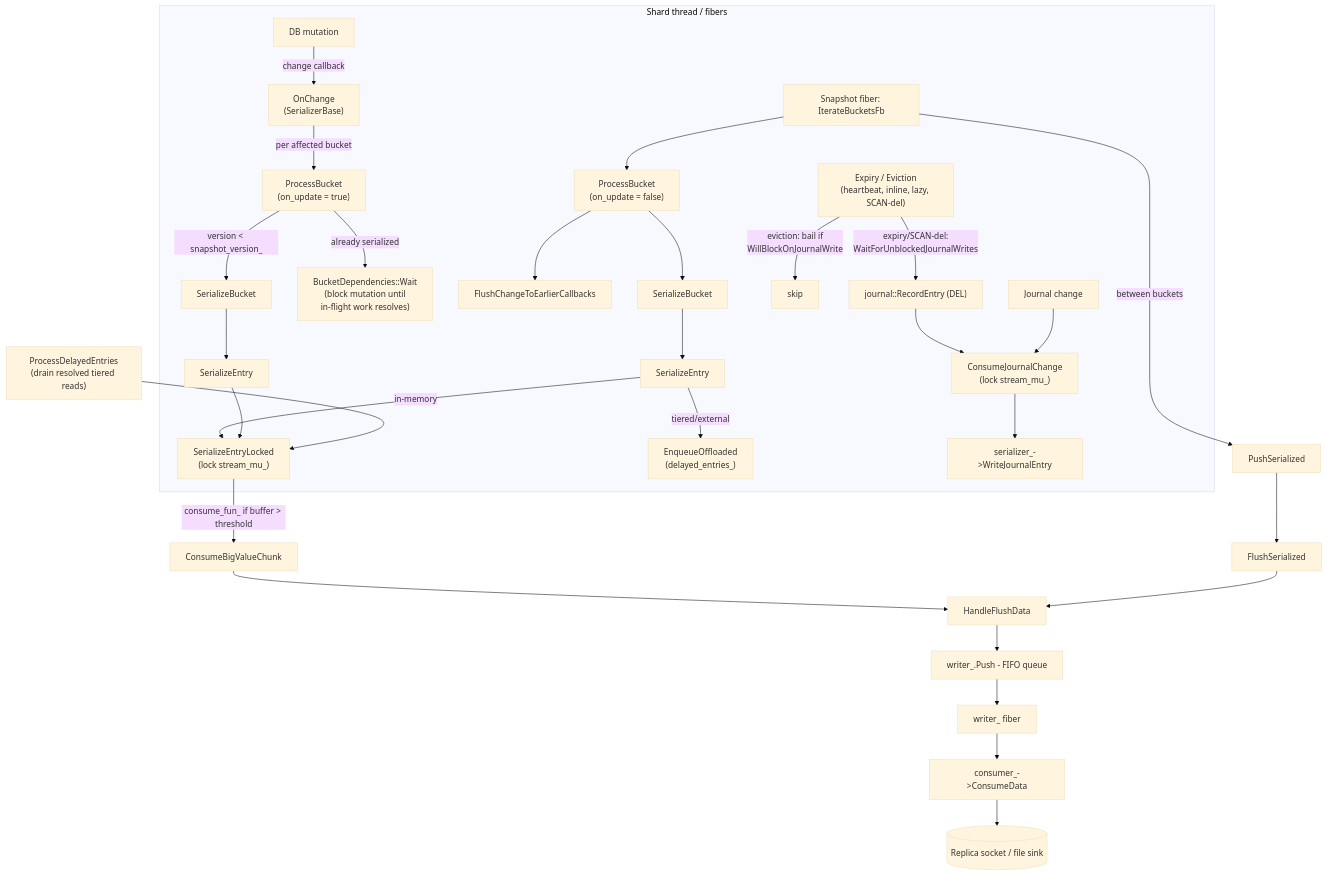
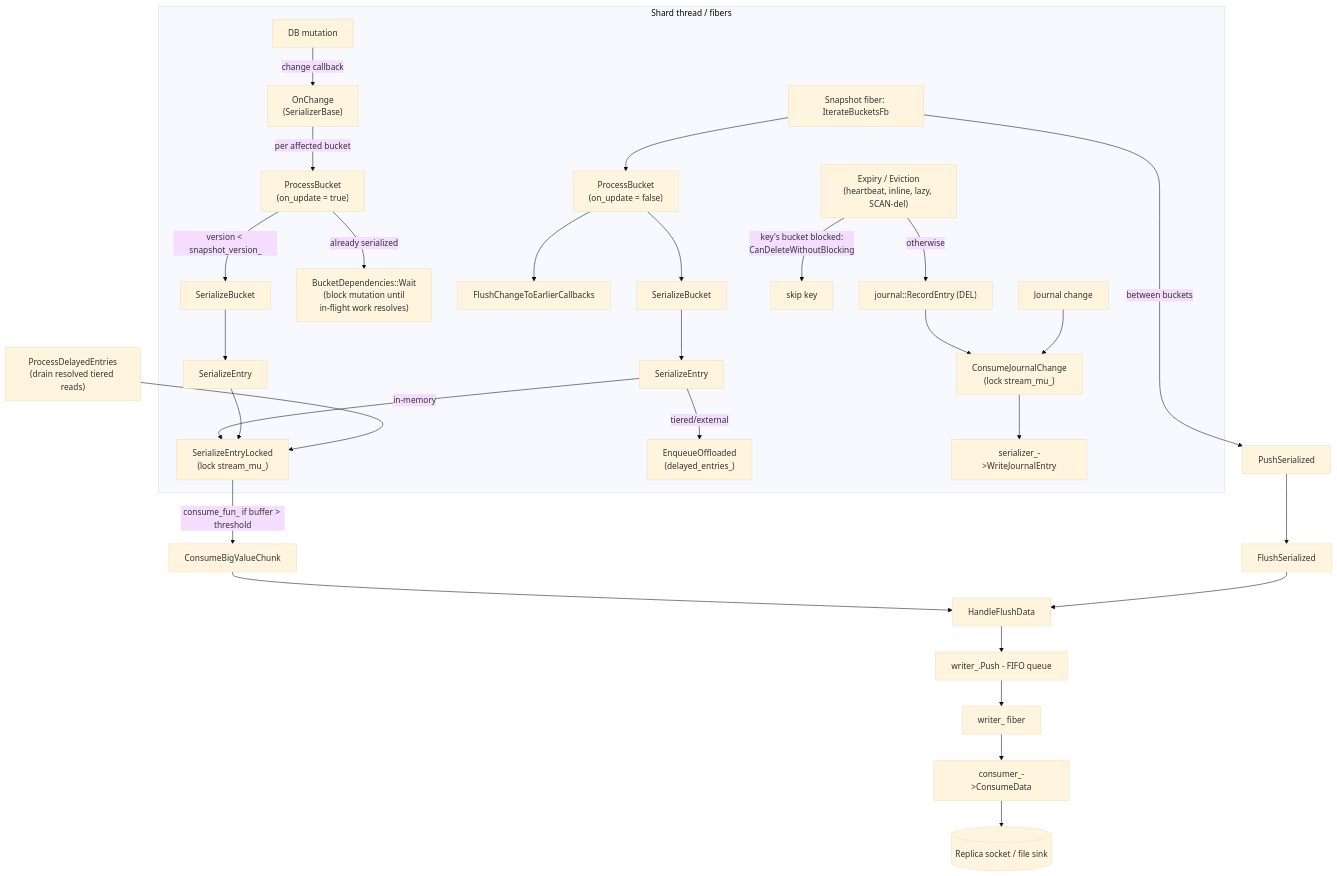
Before and after one commit to dragonflydb/dragonfly: the first of 2 diagrams in docs/shard-serialization.md, drawn with Mermaid (base theme). The commit also changed other lines of this file and 12 other files, not shown here.

````diff
--- a/docs/shard-serialization.md
+++ b/docs/shard-serialization.md
@@ -53,40 +53,40 @@
 ```mermaid
 flowchart TD
   subgraph ShardThread[Shard thread / fibers]
     MUT[DB mutation] -->|change callback| ODC["OnChange<br/>(SerializerBase)"]
     ODC -->|per affected bucket| PB1["ProcessBucket<br/>(on_update = true)"]
     PB1 -->|version &lt; snapshot_version_| SBL1["SerializeBucket"]
     PB1 -->|already serialized| WAIT["BucketDependencies::Wait<br/>(block mutation until<br/>in-flight work resolves)"]
     SBL1 --> SE1["SerializeEntry"]
 
     TRAV["Snapshot fiber: IterateBucketsFb"] --> PB2["ProcessBucket<br/>(on_update = false)"]
     PB2 --> FCE["FlushChangeToEarlierCallbacks"]
     PB2 --> SBL2["SerializeBucket"]
     SBL2 --> SE2["SerializeEntry"]
 
     SE2 -->|in-memory| SAVE2["SerializeEntryLocked<br/>(lock stream_mu_)"]
     SE2 -->|tiered/external| ENQ["EnqueueOffloaded<br/>(delayed_entries_)"]
     SE1 --> SAVE2
 
     EXP["Expiry / Eviction<br/>(heartbeat, inline, lazy, SCAN-del)"]
-    EXP -->|"eviction: bail if<br/>WillBlockOnJournalWrite"| SKIP[skip]
-    EXP -->|"expiry/SCAN-del:<br/>WaitForUnblockedJournalWrites"| JRN_DIRECT["journal::RecordEntry (DEL)"]
+    EXP -->|"key's bucket blocked:<br/>CanDeleteWithoutBlocking"| SKIP[skip key]
+    EXP -->|"otherwise"| JRN_DIRECT["journal::RecordEntry (DEL)"]
     JRN_DIRECT --> CJC
 
     JRN[Journal change] --> CJC["ConsumeJournalChange<br/>(lock stream_mu_)"]
     CJC --> WJE["serializer_->WriteJournalEntry"]
   end
 
   SAVE2 -->|consume_fun_ if buffer &gt; threshold| CBC["ConsumeBigValueChunk"]
   CBC --> HFD[HandleFlushData]
 
   TRAV -->|between buckets| PS["PushSerialized"]
   PDE["ProcessDelayedEntries<br/>(drain resolved tiered reads)"] --> SAVE2
   PS --> FS[FlushSerialized]
   FS --> HFD
 
   HFD --> WQ["writer_.Push - FIFO queue"]
   WQ --> WFB["writer_ fiber"]
   WFB --> CD["consumer_->ConsumeData"]
   CD --> SINK[(Replica socket / file sink)]
 ```
````
